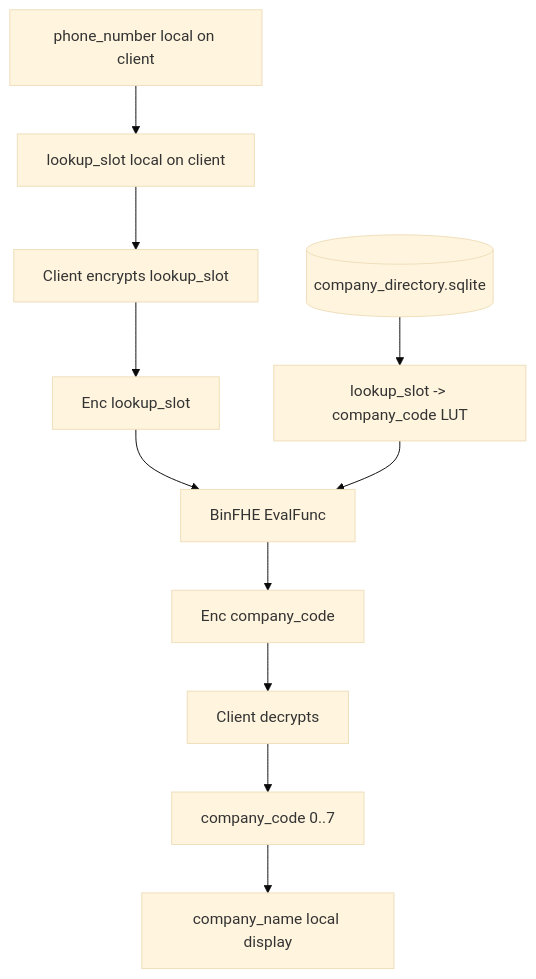
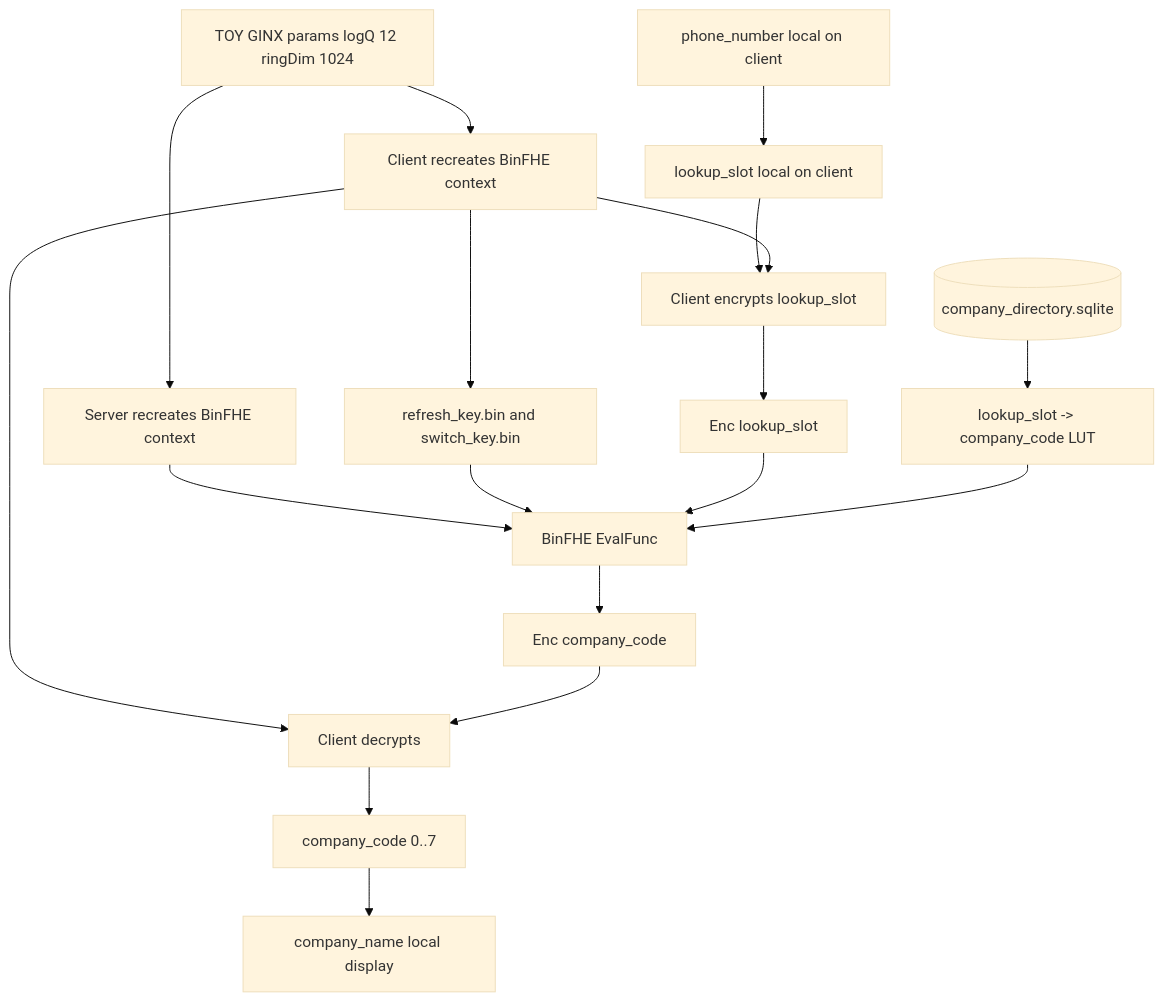
Before and after one commit to Nhatcao1/he_profiler: the diagram in ARCHITECTURE_DIAGRAM.md, drawn with Mermaid (base theme). The commit also changed other lines of this file, not shown here.

Commit message:
Update architecture diagram for toy context flow

````diff
--- a/ARCHITECTURE_DIAGRAM.md
+++ b/ARCHITECTURE_DIAGRAM.md
@@ -15,14 +17,21 @@
 ```mermaid
 flowchart TD
     PHONE[phone_number local on client] --> SLOT[lookup_slot local on client]
+    PARAMS[TOY GINX params logQ 12 ringDim 1024] --> CCTX[Client recreates BinFHE context]
+    PARAMS --> SCTX[Server recreates BinFHE context]
     SLOT --> ENC[Client encrypts lookup_slot]
+    CCTX --> ENC
     ENC --> CT[Enc lookup_slot]
+    CCTX --> EKEYS[refresh_key.bin and switch_key.bin]
 
     DIR[(company_directory.sqlite)] --> LUT[lookup_slot -> company_code LUT]
+    SCTX --> EVAL[BinFHE EvalFunc]
+    EKEYS --> EVAL
     CT --> EVAL[BinFHE EvalFunc]
     LUT --> EVAL
     EVAL --> OUT[Enc company_code]
+    CCTX --> DEC[Client decrypts]
     OUT --> DEC[Client decrypts]
     DEC --> CODE[company_code 0..7]
     CODE --> NAME[company_name local display]
 ```
````
